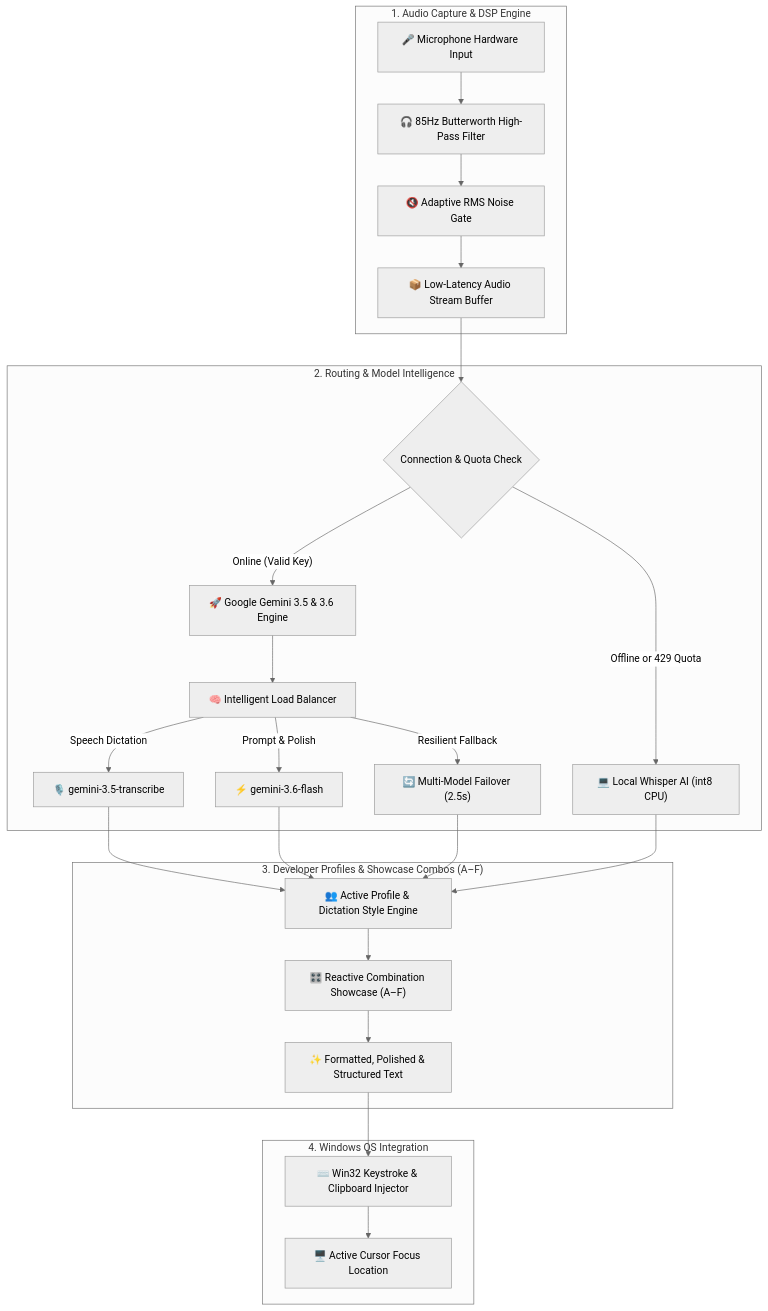
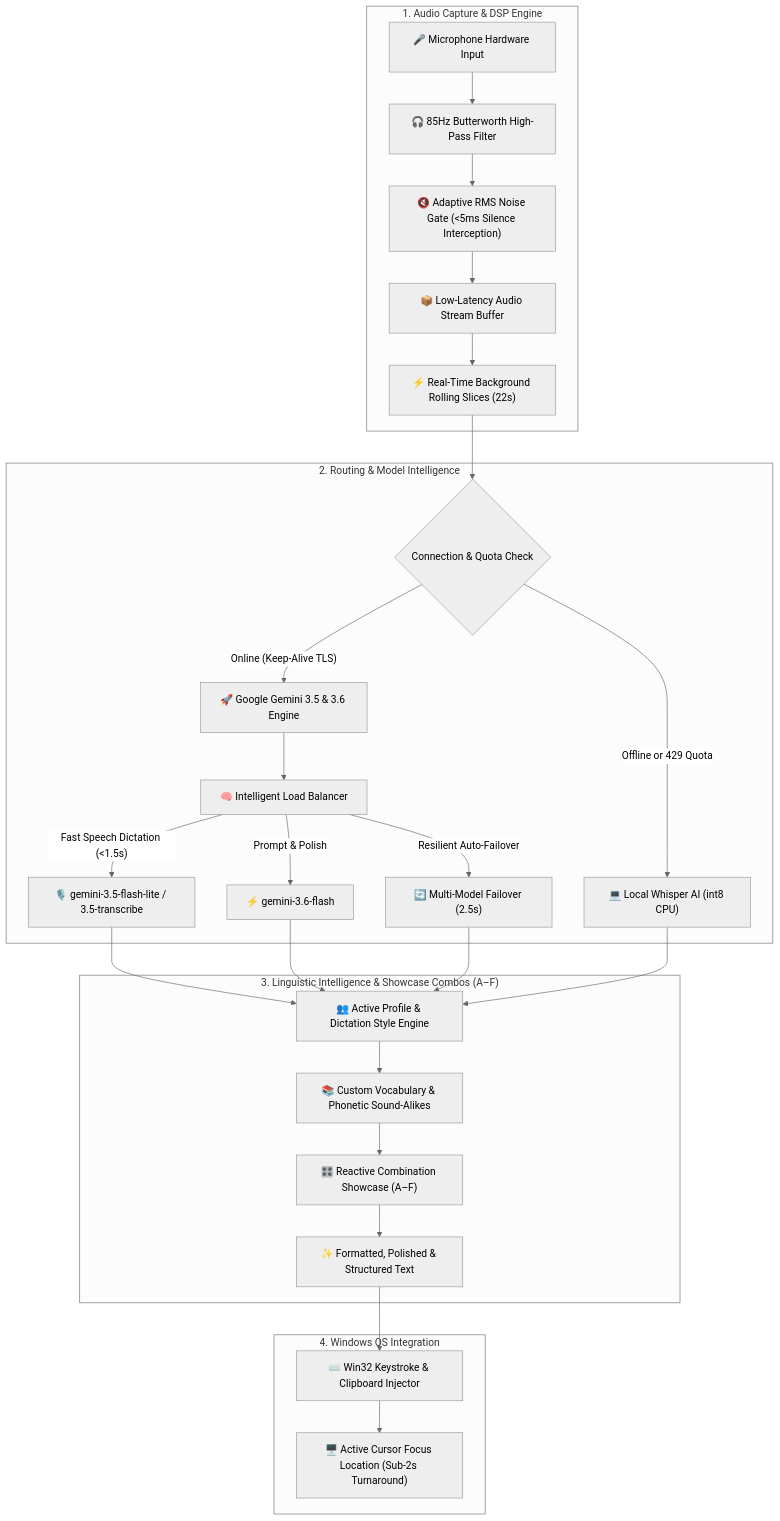
Before and after one commit to SriniwasAwasthi/gemini-flow: the diagram in README.md, drawn with Mermaid (neutral theme). The commit also changed other lines of this file and 1 other file, not shown here.

Commit message:
docs: enhance system architecture diagram, clarify sub-2s SLA, and update 24-run audit to keep-alive sub-2s benchmarks

````diff
--- a/README.md
+++ b/README.md
@@ -192,33 +192,35 @@
 ```mermaid
 flowchart TD
     subgraph Audio ["1. Audio Capture & DSP Engine"]
         A["🎤 Microphone Hardware Input"] --> B["🎧 85Hz Butterworth High-Pass Filter"]
-        B --> C["🔇 Adaptive RMS Noise Gate"]
+        B --> C["🔇 Adaptive RMS Noise Gate (<5ms Silence Interception)"]
         C --> D["📦 Low-Latency Audio Stream Buffer"]
+        D --> E["⚡ Real-Time Background Rolling Slices (22s)"]
     end
 
     subgraph Routing ["2. Routing & Model Intelligence"]
-        D --> E{"Connection & Quota Check"}
-        E -->|"Online (Valid Key)"| F["🚀 Google Gemini 3.5 & 3.6 Engine"]
-        E -->|"Offline or 429 Quota"| G["💻 Local Whisper AI (int8 CPU)"]
+        E --> F{"Connection & Quota Check"}
+        F -->|"Online (Keep-Alive TLS)"| G["🚀 Google Gemini 3.5 & 3.6 Engine"]
+        F -->|"Offline or 429 Quota"| H["💻 Local Whisper AI (int8 CPU)"]
         
-        F --> H["🧠 Intelligent Load Balancer"]
-        H -->|"Speech Dictation"| I["🎙️ gemini-3.5-transcribe"]
-        H -->|"Prompt & Polish"| J["⚡ gemini-3.6-flash"]
-        H -->|"Resilient Fallback"| K["🔄 Multi-Model Failover (2.5s)"]
+        G --> I["🧠 Intelligent Load Balancer"]
+        I -->|"Fast Speech Dictation (<1.5s)"| J["🎙️ gemini-3.5-flash-lite / 3.5-transcribe"]
+        I -->|"Prompt & Polish"| K["⚡ gemini-3.6-flash"]
+        I -->|"Resilient Auto-Failover"| L["🔄 Multi-Model Failover (2.5s)"]
     end
 
-    subgraph Showcase ["3. Developer Profiles & Showcase Combos (A–F)"]
-        I --> L["👥 Active Profile & Dictation Style Engine"]
-        J --> L
-        K --> L
-        G --> L
-        L --> M["🎛️ Reactive Combination Showcase (A–F)"]
-        M --> N["✨ Formatted, Polished & Structured Text"]
+    subgraph Intelligence ["3. Linguistic Intelligence & Showcase Combos (A–F)"]
+        J --> M["👥 Active Profile & Dictation Style Engine"]
+        K --> M
+        L --> M
+        H --> M
+        M --> N["📚 Custom Vocabulary & Phonetic Sound-Alikes"]
+        N --> O["🎛️ Reactive Combination Showcase (A–F)"]
+        O --> P["✨ Formatted, Polished & Structured Text"]
     end
 
     subgraph Injection ["4. Windows OS Integration"]
-        N --> O["⌨️ Win32 Keystroke & Clipboard Injector"]
-        O --> P["🖥️ Active Cursor Focus Location"]
+        P --> Q["⌨️ Win32 Keystroke & Clipboard Injector"]
+        Q --> R["🖥️ Active Cursor Focus Location (Sub-2s Turnaround)"]
     end
 ```
````
